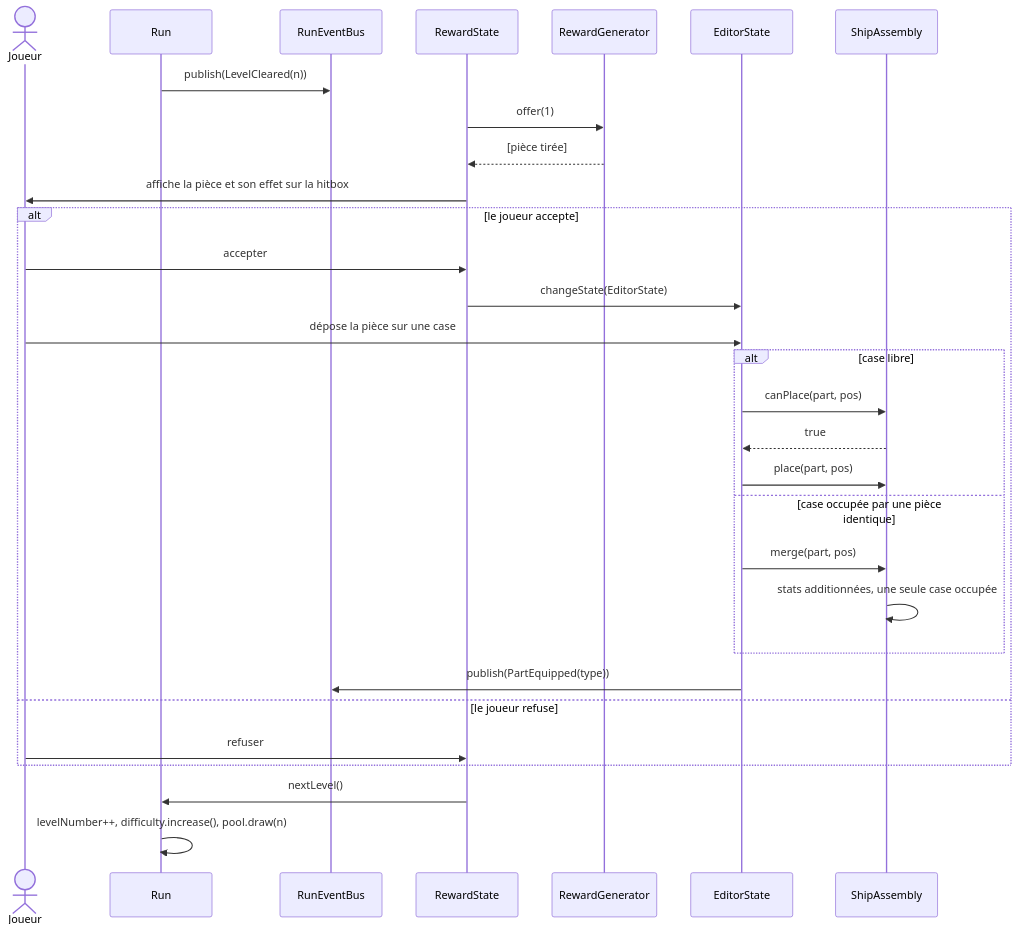
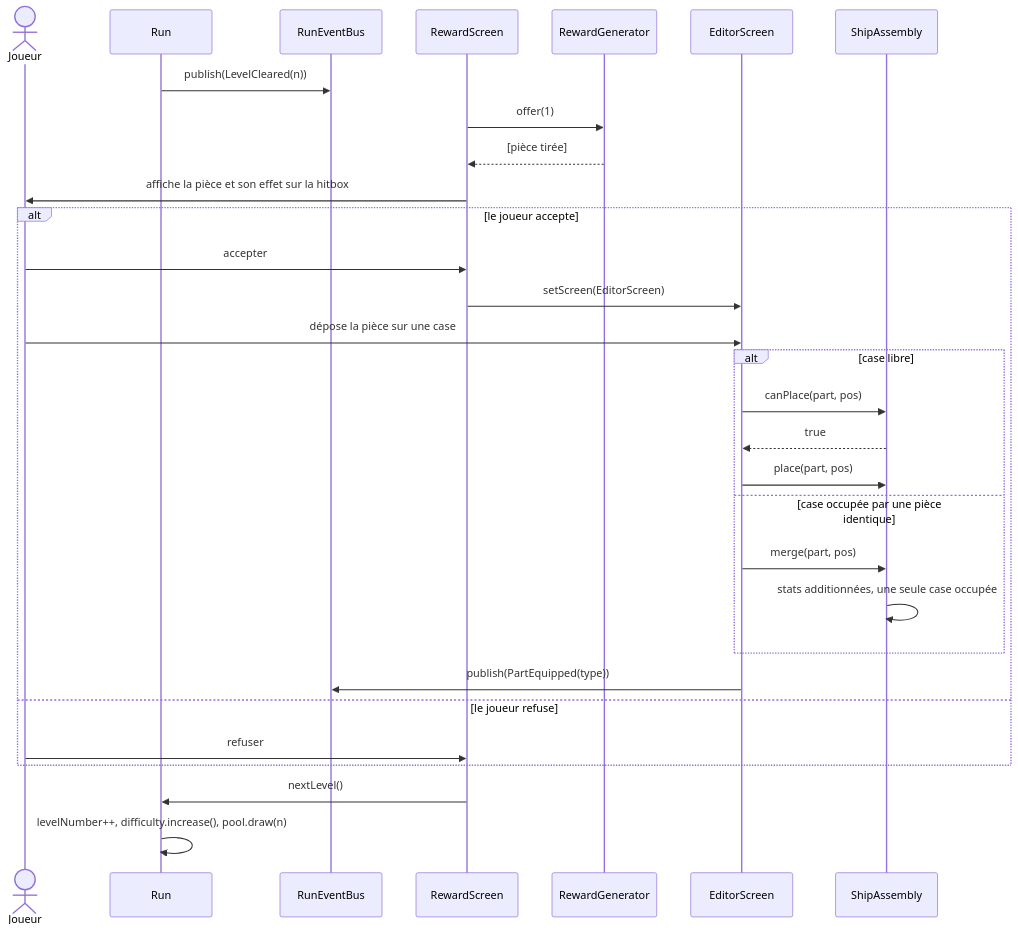
The tenth of 13 diagrams in content/2D-Game/ideas/pierre/Bullet hell roguelike - UML.md (Bisiaux-dev/public-vault), drawn with Mermaid before and after one commit. The commit also changed other lines of this file and 27 other files, not shown here.

````diff
--- a/content/2D-Game/ideas/pierre/Bullet hell roguelike - UML.md
+++ b/content/2D-Game/ideas/pierre/Bullet hell roguelike - UML.md
@@ -641,33 +678,33 @@
 ```mermaid
 sequenceDiagram
     actor J as Joueur
     participant Run
     participant Bus as RunEventBus
-    participant RS as RewardState
+    participant RS as RewardScreen
     participant RG as RewardGenerator
-    participant ES as EditorState
+    participant ES as EditorScreen
     participant A as ShipAssembly
 
     Run->>Bus: publish(LevelCleared(n))
     RS->>RG: offer(1)
     RG-->>RS: [pièce tirée]
     RS->>J: affiche la pièce et son effet sur la hitbox
     alt le joueur accepte
         J->>RS: accepter
-        RS->>ES: changeState(EditorState)
+        RS->>ES: setScreen(EditorScreen)
         J->>ES: dépose la pièce sur une case
         alt case libre
             ES->>A: canPlace(part, pos)
             A-->>ES: true
             ES->>A: place(part, pos)
         else case occupée par une pièce identique
             ES->>A: merge(part, pos)
             A->>A: stats additionnées, une seule case occupée
         end
         ES->>Bus: publish(PartEquipped(type))
     else le joueur refuse
         J->>RS: refuser
     end
     RS->>Run: nextLevel()
     Run->>Run: levelNumber++, difficulty.increase(), pool.draw(n)
 ```
````
